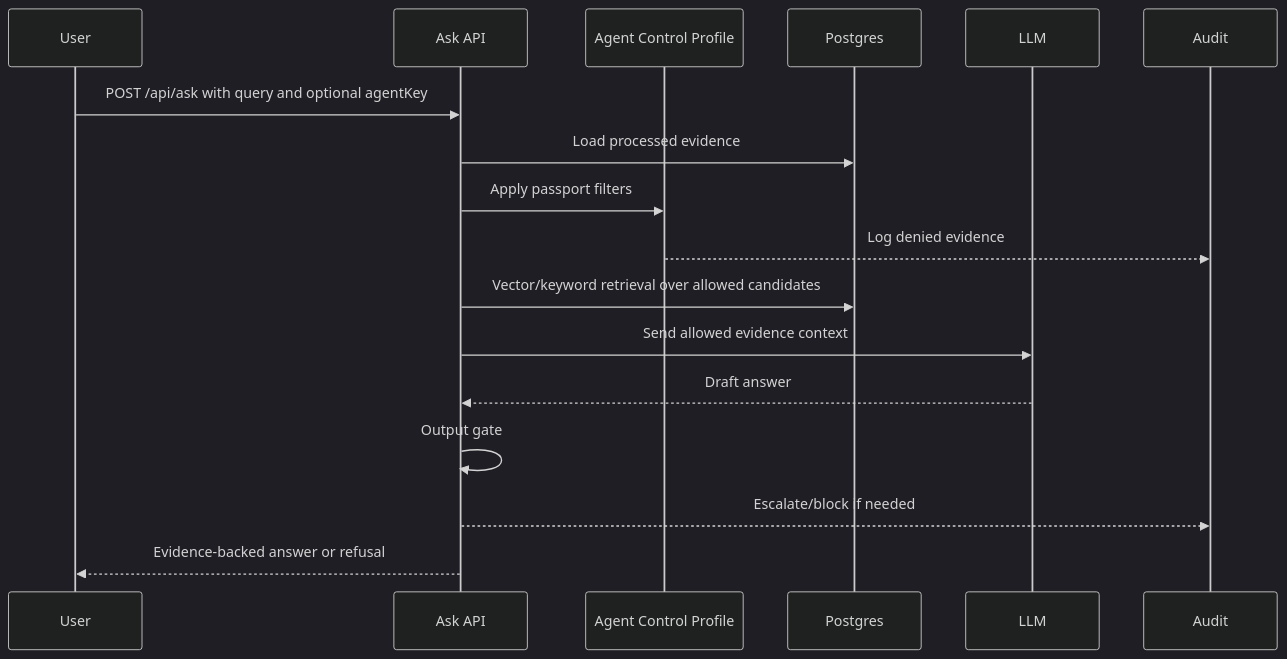
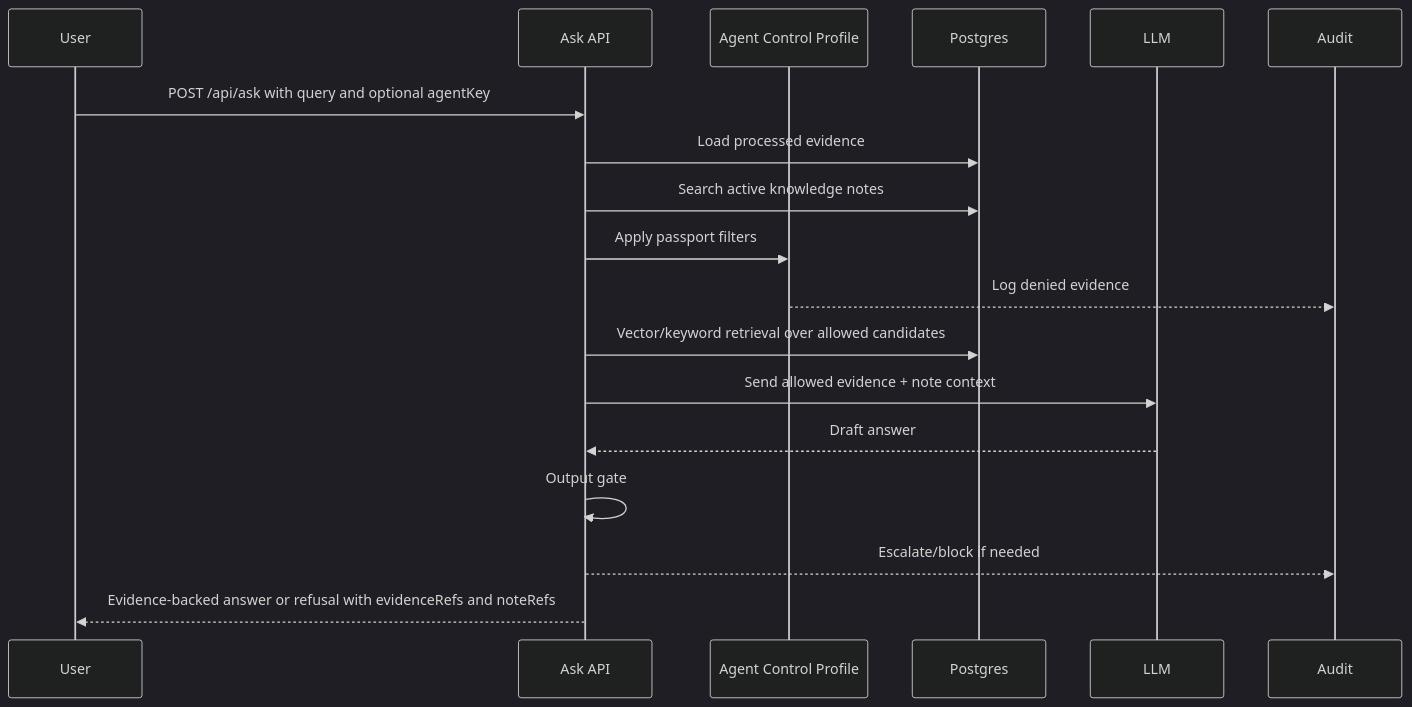
The third of 6 diagrams in docs/ARCHITECTURE.md (asjanjua/nexus-core), drawn with Mermaid (dark theme) before and after one commit. The commit also changed other lines of this file and 52 other files, not shown here.

````diff
--- a/docs/ARCHITECTURE.md
+++ b/docs/ARCHITECTURE.md
@@ -267,20 +302,21 @@
 ```mermaid
 sequenceDiagram
   participant User
   participant Ask as Ask API
   participant ACP as Agent Control Profile
   participant DB as Postgres
   participant LLM
   participant Audit
 
   User->>Ask: POST /api/ask with query and optional agentKey
   Ask->>DB: Load processed evidence
+  Ask->>DB: Search active knowledge notes
   Ask->>ACP: Apply passport filters
   ACP-->>Audit: Log denied evidence
   Ask->>DB: Vector/keyword retrieval over allowed candidates
-  Ask->>LLM: Send allowed evidence context
+  Ask->>LLM: Send allowed evidence + note context
   LLM-->>Ask: Draft answer
   Ask->>Ask: Output gate
   Ask-->>Audit: Escalate/block if needed
-  Ask-->>User: Evidence-backed answer or refusal
+  Ask-->>User: Evidence-backed answer or refusal with evidenceRefs and noteRefs
 ```
````
